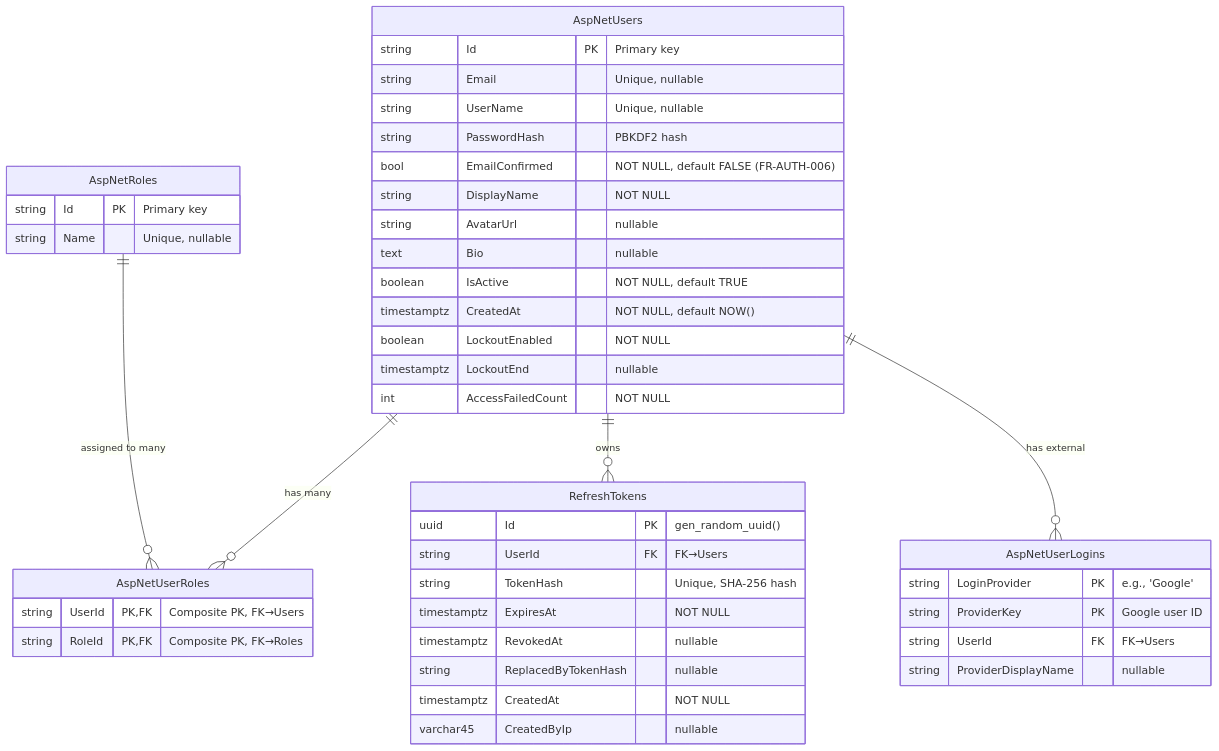
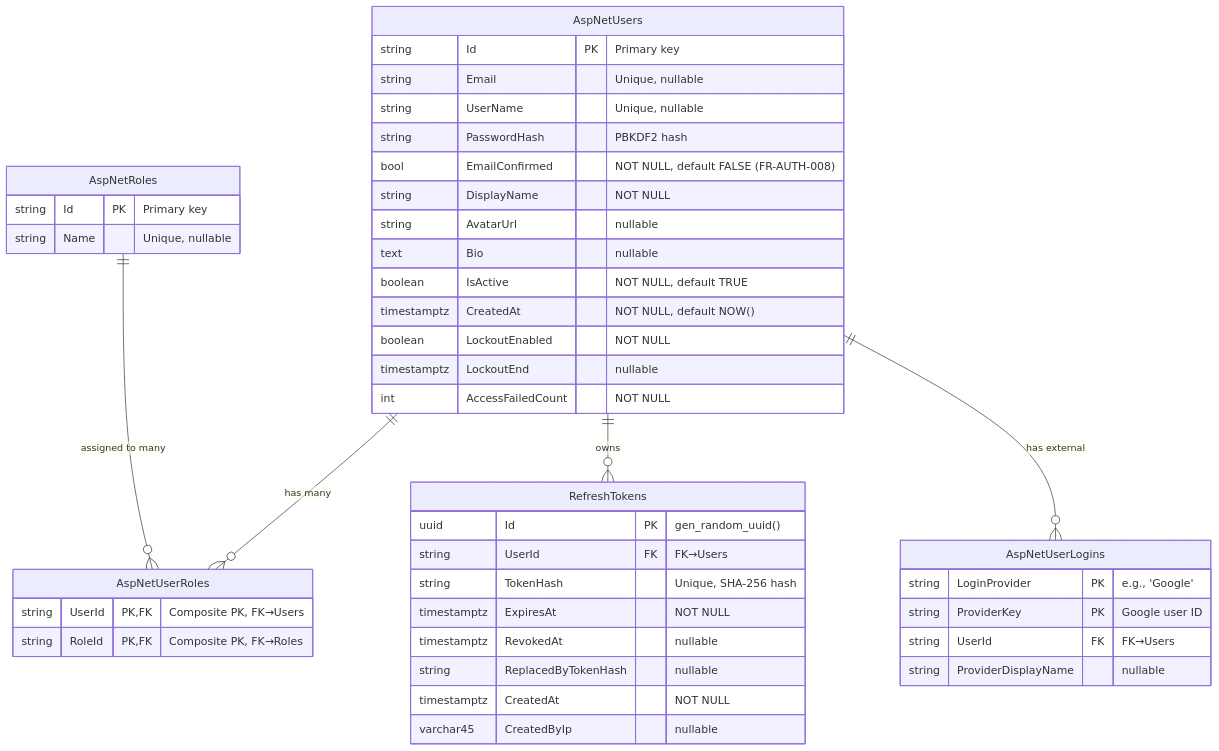
One commit to hiendotforwork/PTUDWNC_Nhom06_CulinaryBlog changed the diagram in docs/specs/fr-auth/FR-AUTH_Database_Design.md. Above: the diagram before and after it, drawn with Mermaid. The commit also changed other lines of this file and 104 other files, not shown here.

````diff
--- a/docs/specs/fr-auth/FR-AUTH_Database_Design.md
+++ b/docs/specs/fr-auth/FR-AUTH_Database_Design.md
@@ -237,51 +237,51 @@
 ```mermaid
 erDiagram
     AspNetUsers {
         string Id PK "Primary key"
         string Email "Unique, nullable"
         string UserName "Unique, nullable"
         string PasswordHash "PBKDF2 hash"
-        bool EmailConfirmed "NOT NULL, default FALSE (FR-AUTH-006)"
+        bool EmailConfirmed "NOT NULL, default FALSE (FR-AUTH-008)"
         string DisplayName "NOT NULL"
         string AvatarUrl "nullable"
         text Bio "nullable"
         boolean IsActive "NOT NULL, default TRUE"
         timestamptz CreatedAt "NOT NULL, default NOW()"
         boolean LockoutEnabled "NOT NULL"
         timestamptz LockoutEnd "nullable"
         int AccessFailedCount "NOT NULL"
     }
 
     AspNetRoles {
         string Id PK "Primary key"
         string Name "Unique, nullable"
     }
 
     AspNetUserRoles {
         string UserId PK, FK "Composite PK, FK→Users"
         string RoleId PK, FK "Composite PK, FK→Roles"
     }
 
     AspNetUserLogins {
         string LoginProvider PK "e.g., 'Google'"
         string ProviderKey PK "Google user ID"
         string UserId FK "FK→Users"
         string ProviderDisplayName "nullable"
     }
 
     RefreshTokens {
         uuid Id PK "gen_random_uuid()"
         string UserId FK "FK→Users"
         string TokenHash "Unique, SHA-256 hash"
         timestamptz ExpiresAt "NOT NULL"
         timestamptz RevokedAt "nullable"
         string ReplacedByTokenHash "nullable"
         timestamptz CreatedAt "NOT NULL"
         varchar45 CreatedByIp "nullable"
     }
 
     AspNetUsers ||--o{ AspNetUserRoles : "has many"
     AspNetRoles ||--o{ AspNetUserRoles : "assigned to many"
     AspNetUsers ||--o{ RefreshTokens : "owns"
     AspNetUsers ||--o{ AspNetUserLogins : "has external"
 ```
````
